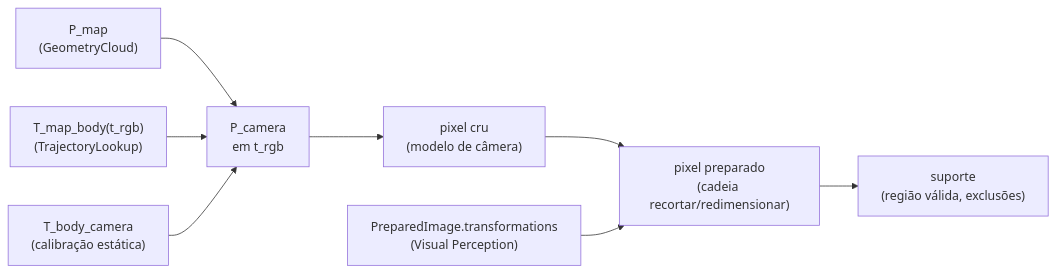
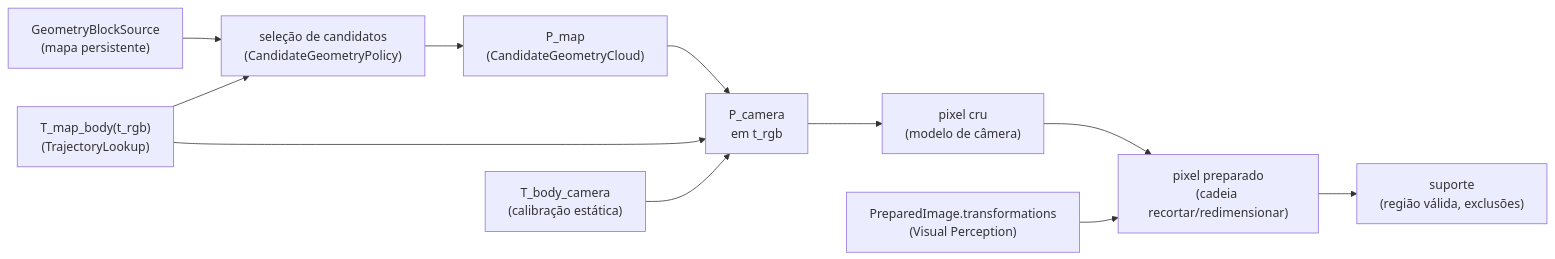
The diagram in src/contextmap/sensor_association/docs/projection_chain.md (Alexandre-Tortoza/contextmap2), drawn with Mermaid before and after one commit. The commit also changed other lines of this file and 27 other files, not shown here.

````diff
--- a/src/contextmap/sensor_association/docs/projection_chain.md
+++ b/src/contextmap/sensor_association/docs/projection_chain.md
@@ -7,10 +7,13 @@
 ```mermaid
 flowchart LR
-    P["P_map<br/>(GeometryCloud)"] --> C["P_camera<br/>em t_rgb"]
+    SRC["GeometryBlockSource<br/>(mapa persistente)"] --> SEL["seleção de candidatos<br/>(CandidateGeometryPolicy)"]
+    SEL --> P["P_map<br/>(CandidateGeometryCloud)"]
+    P --> C["P_camera<br/>em t_rgb"]
     C --> R["pixel cru<br/>(modelo de câmera)"]
     R --> Q["pixel preparado<br/>(cadeia recortar/redimensionar)"]
     Q --> S["suporte<br/>(região válida, exclusões)"]
     POSE["T_map_body(t_rgb)<br/>(TrajectoryLookup)"] --> C
+    POSE --> SEL
     EXT["T_body_camera<br/>(calibração estática)"] --> C
     REC["PreparedImage.transformations<br/>(Visual Perception)"] --> Q
 ```
````
